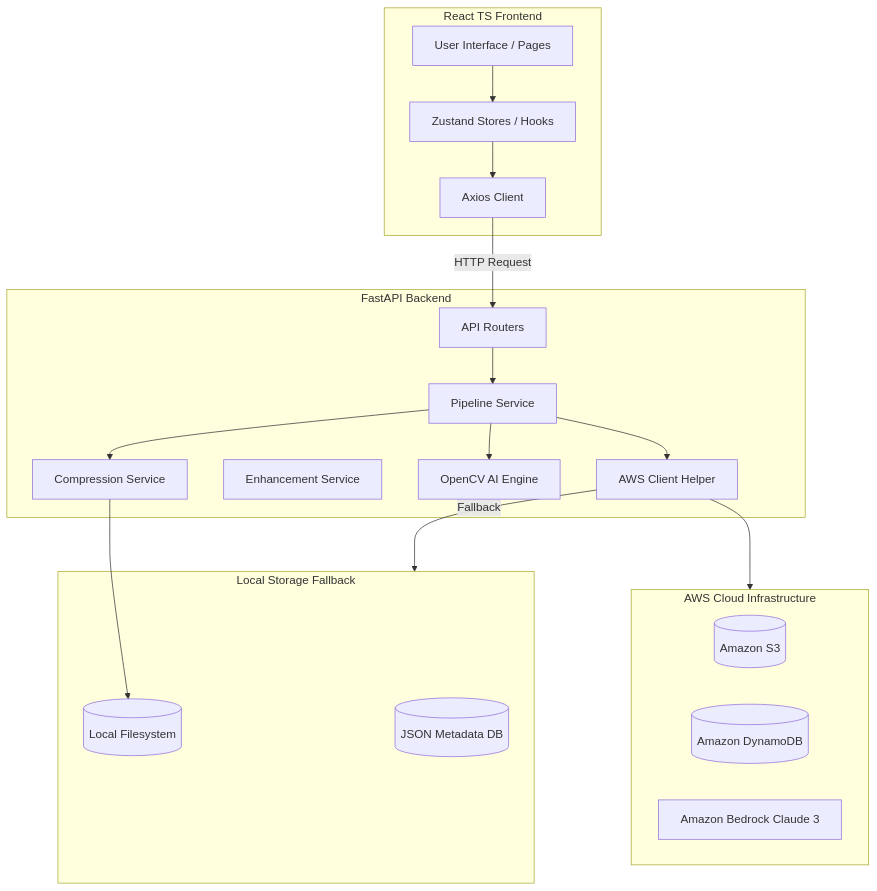
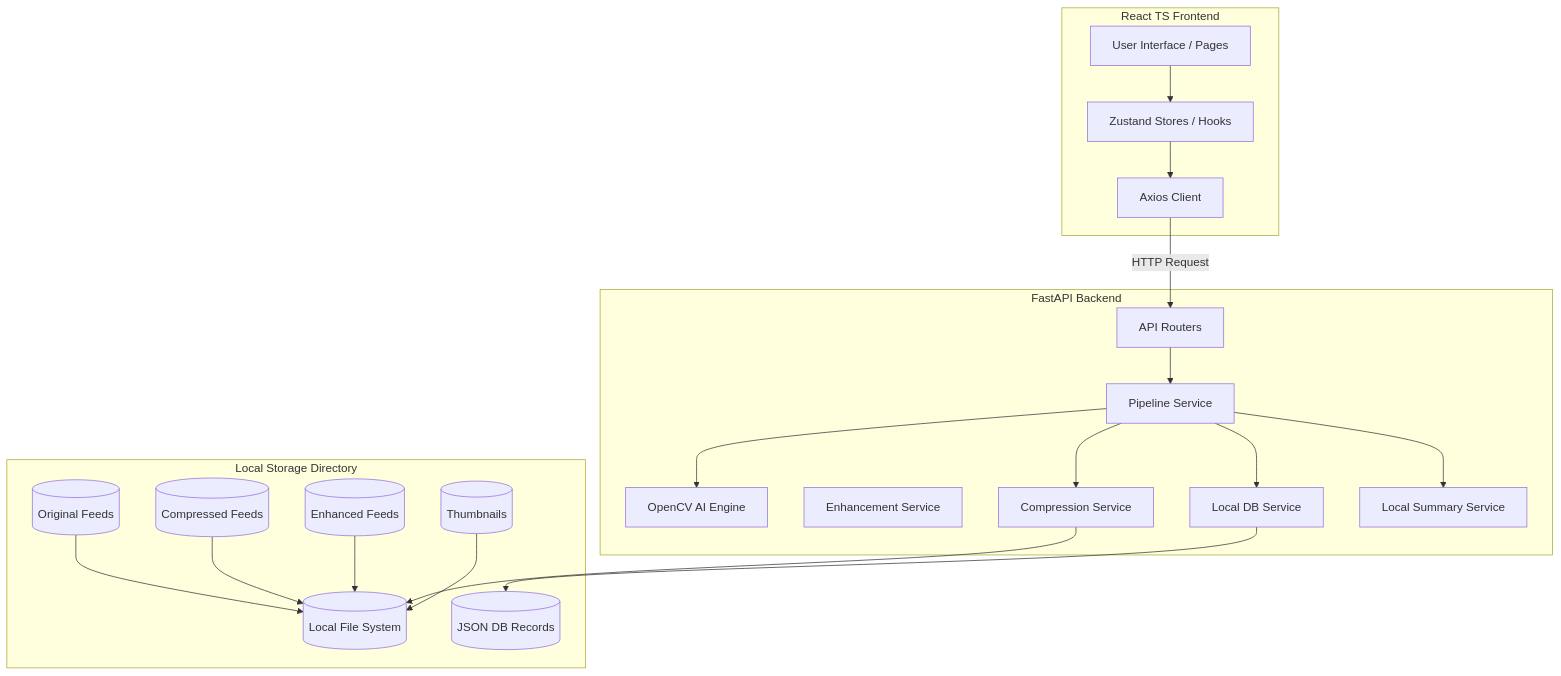
Before and after one commit to dhanush708/VisionVault-AI: the first of 2 diagrams in README.md, drawn with Mermaid. The commit also changed other lines of this file and 13 other files, not shown here.

````diff
--- a/README.md
+++ b/README.md
@@ -85,41 +151,44 @@
 ```mermaid
 graph TD
     subgraph Frontend [React TS Frontend]
         UI[User Interface / Pages]
         Store[Zustand Stores / Hooks]
         Client[Axios Client]
     end
 
     subgraph Backend [FastAPI Backend]
         API[API Routers]
         Pipe[Pipeline Service]
         Comp[Compression Service]
         Enh[Enhancement Service]
         CV[OpenCV AI Engine]
-        AWS_C[AWS Client Helper]
+        LocalDB[Local DB Service]
+        LocalSummary[Local Summary Service]
     end
 
-    subgraph AWS [AWS Cloud Infrastructure]
-        S3[(Amazon S3)]
-        DDB[(Amazon DynamoDB)]
-        Bedrock[Amazon Bedrock Claude 3]
-    end
-
-    subgraph Local [Local Storage Fallback]
-        FS[(Local Filesystem)]
-        LocalDB[(JSON Metadata DB)]
+    subgraph LocalStorage [Local Storage Directory]
+        FS[(Local File System)]
+        Originals[(Original Feeds)]
+        Compressed[(Compressed Feeds)]
+        Enhanced[(Enhanced Feeds)]
+        Thumbnails[(Thumbnails)]
+        JSONDB[(JSON DB Records)]
     end
 
     UI --> Store
     Store --> Client
     Client -- HTTP Request --> API
     API --> Pipe
     
     Pipe --> CV
     Pipe --> Comp
-    Pipe --> AWS_C
+    Pipe --> LocalDB
+    Pipe --> LocalSummary
     
     Comp --> FS
-    AWS_C --> AWS
-    AWS_C -- Fallback --> Local
+    LocalDB --> JSONDB
+    Originals --> FS
+    Compressed --> FS
+    Enhanced --> FS
+    Thumbnails --> FS
 ```
````
